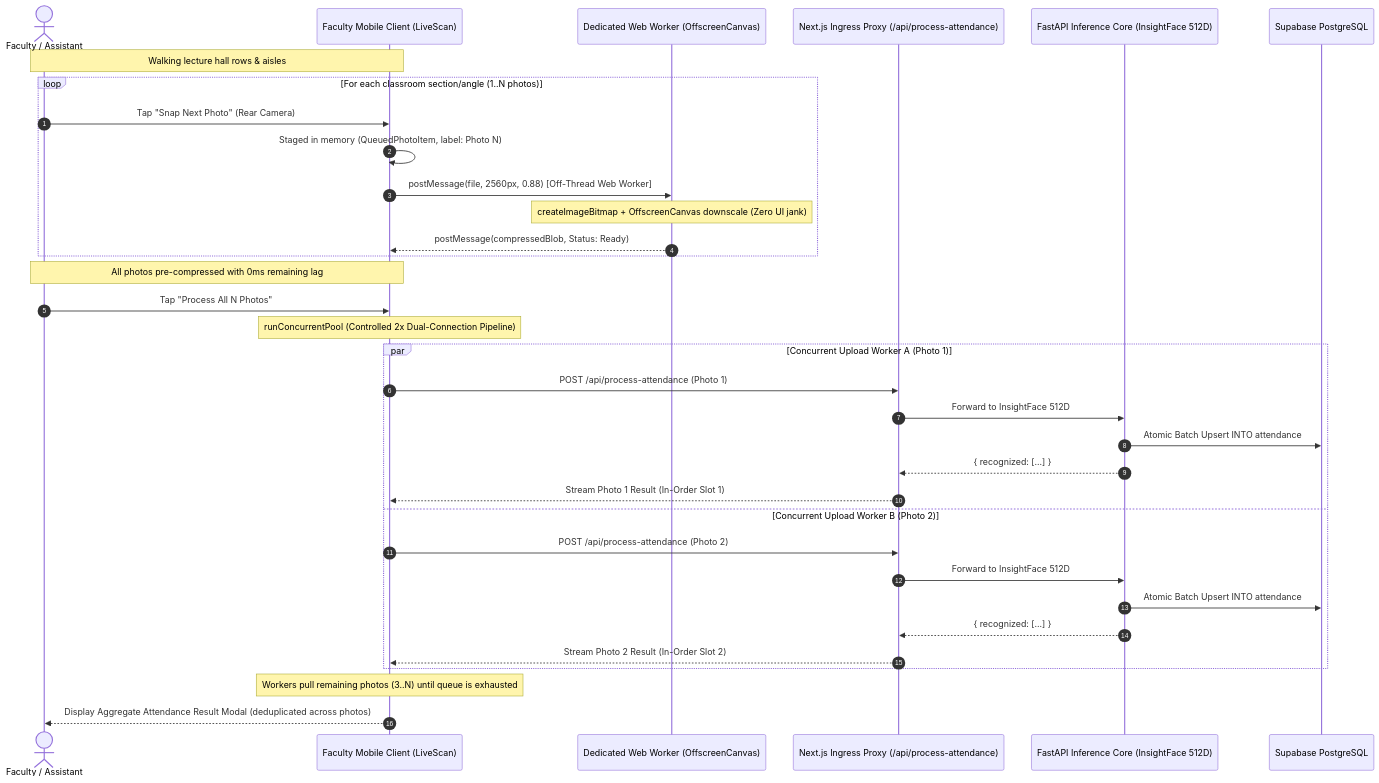
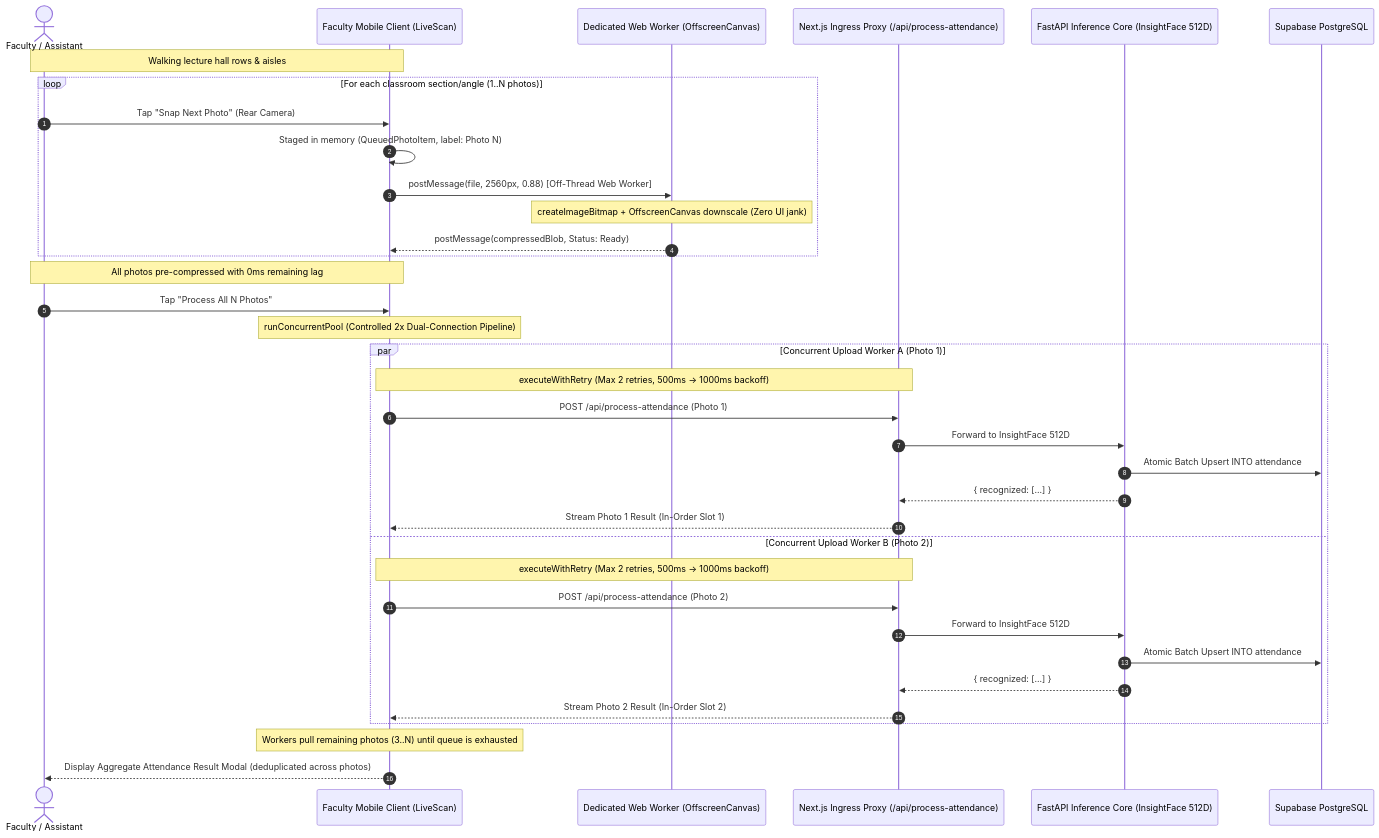
Before and after one commit to saiff99/attendance: the third of 3 diagrams in docs/architecture-vault/01_SYSTEM_TOPOLOGY_AND_DATA_FLOW.md, drawn with Mermaid. The commit also changed 8 other files, not shown here.

Commit message:
feat(resilience): implement per-photo exponential backoff retry on mobile network flakes (Issue 4)

````diff
--- a/docs/architecture-vault/01_SYSTEM_TOPOLOGY_AND_DATA_FLOW.md
+++ b/docs/architecture-vault/01_SYSTEM_TOPOLOGY_AND_DATA_FLOW.md
@@ -169,38 +169,40 @@
 ```mermaid
 sequenceDiagram
     autonumber
     actor F as Faculty / Assistant
     participant FE as Faculty Mobile Client (LiveScan)
     participant Worker as Dedicated Web Worker (OffscreenCanvas)
     participant Proxy as Next.js Ingress Proxy (/api/process-attendance)
     participant AI as FastAPI Inference Core (InsightFace 512D)
     participant DB as Supabase PostgreSQL
 
     Note over F, FE: Walking lecture hall rows & aisles
     loop For each classroom section/angle (1..N photos)
         F->>FE: Tap "Snap Next Photo" (Rear Camera)
         FE->>FE: Staged in memory (QueuedPhotoItem, label: Photo N)
         FE->>Worker: postMessage(file, 2560px, 0.88) [Off-Thread Web Worker]
         Note over Worker: createImageBitmap + OffscreenCanvas downscale (Zero UI jank)
         Worker-->>FE: postMessage(compressedBlob, Status: Ready)
     end
 
     Note over F, FE: All photos pre-compressed with 0ms remaining lag
     F->>FE: Tap "Process All N Photos"
     Note over FE: runConcurrentPool (Controlled 2x Dual-Connection Pipeline)
     par Concurrent Upload Worker A (Photo 1)
+        Note over FE, Proxy: executeWithRetry (Max 2 retries, 500ms -> 1000ms backoff)
         FE->>Proxy: POST /api/process-attendance (Photo 1)
         Proxy->>AI: Forward to InsightFace 512D
         AI->>DB: Atomic Batch Upsert INTO attendance
         AI-->>Proxy: { recognized: [...] }
         Proxy-->>FE: Stream Photo 1 Result (In-Order Slot 1)
     and Concurrent Upload Worker B (Photo 2)
+        Note over FE, Proxy: executeWithRetry (Max 2 retries, 500ms -> 1000ms backoff)
         FE->>Proxy: POST /api/process-attendance (Photo 2)
         Proxy->>AI: Forward to InsightFace 512D
         AI->>DB: Atomic Batch Upsert INTO attendance
         AI-->>Proxy: { recognized: [...] }
         Proxy-->>FE: Stream Photo 2 Result (In-Order Slot 2)
     end
     Note over FE: Workers pull remaining photos (3..N) until queue is exhausted
     FE-->>F: Display Aggregate Attendance Result Modal (deduplicated across photos)
 ```
````
